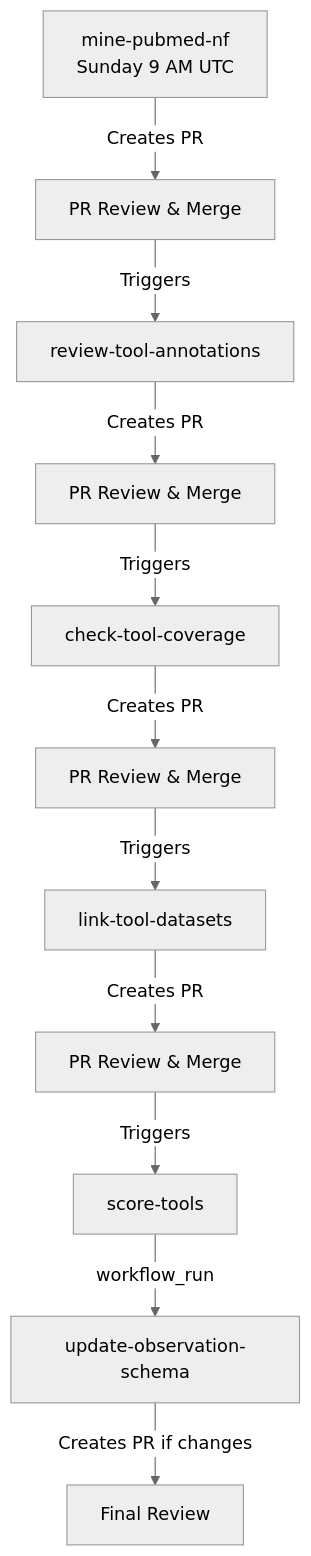
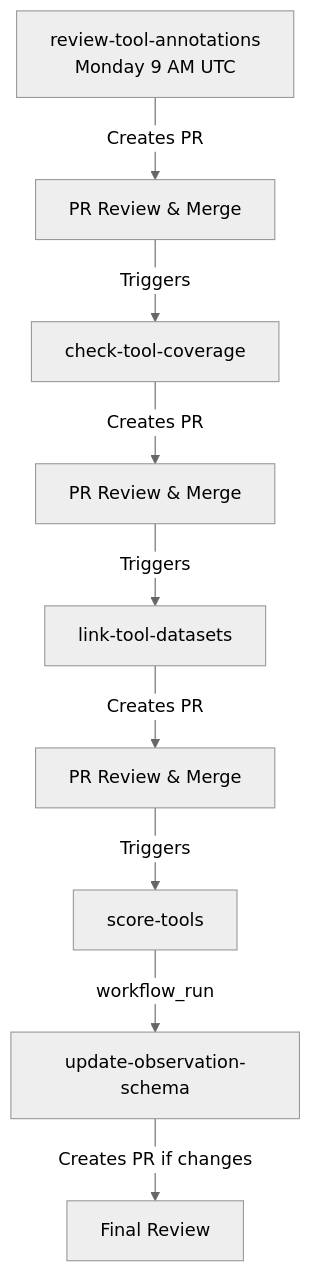
One commit to nf-osi/nf-research-tools-schema changed the diagram in docs/WORKFLOW_COORDINATION.md. Above: the diagram before and after it, drawn with Mermaid (neutral theme). The commit also changed other lines of this file and 9 other files, not shown here.

````diff
--- a/docs/WORKFLOW_COORDINATION.md
+++ b/docs/WORKFLOW_COORDINATION.md
@@ -16,13 +16,11 @@
 ```mermaid
 graph TD
-    A[mine-pubmed-nf<br/>Sunday 9 AM UTC] -->|Creates PR| B[PR Review & Merge]
-    B -->|Triggers| C[review-tool-annotations]
+    A[review-tool-annotations<br/>Monday 9 AM UTC] -->|Creates PR| B[PR Review & Merge]
+    B -->|Triggers| C[check-tool-coverage]
     C -->|Creates PR| D[PR Review & Merge]
-    D -->|Triggers| E[check-tool-coverage]
+    D -->|Triggers| E[link-tool-datasets]
     E -->|Creates PR| F[PR Review & Merge]
-    F -->|Triggers| G[link-tool-datasets]
-    G -->|Creates PR| H[PR Review & Merge]
-    H -->|Triggers| I[score-tools]
-    I -->|workflow_run| J[update-observation-schema]
-    J -->|Creates PR if changes| K[Final Review]
+    F -->|Triggers| G[score-tools]
+    G -->|workflow_run| H[update-observation-schema]
+    H -->|Creates PR if changes| I[Final Review]
 ```
````
